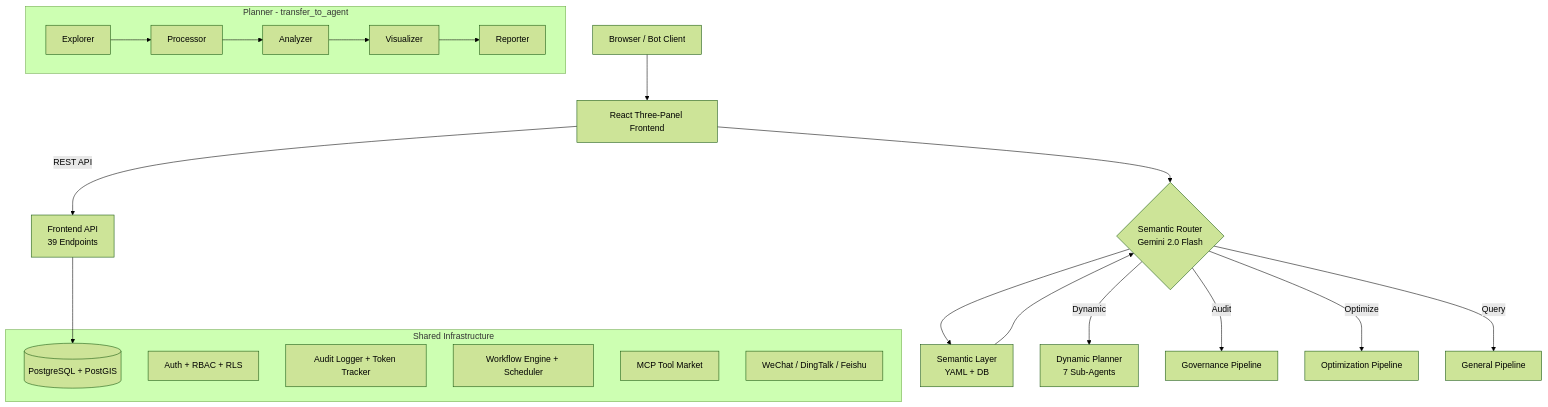
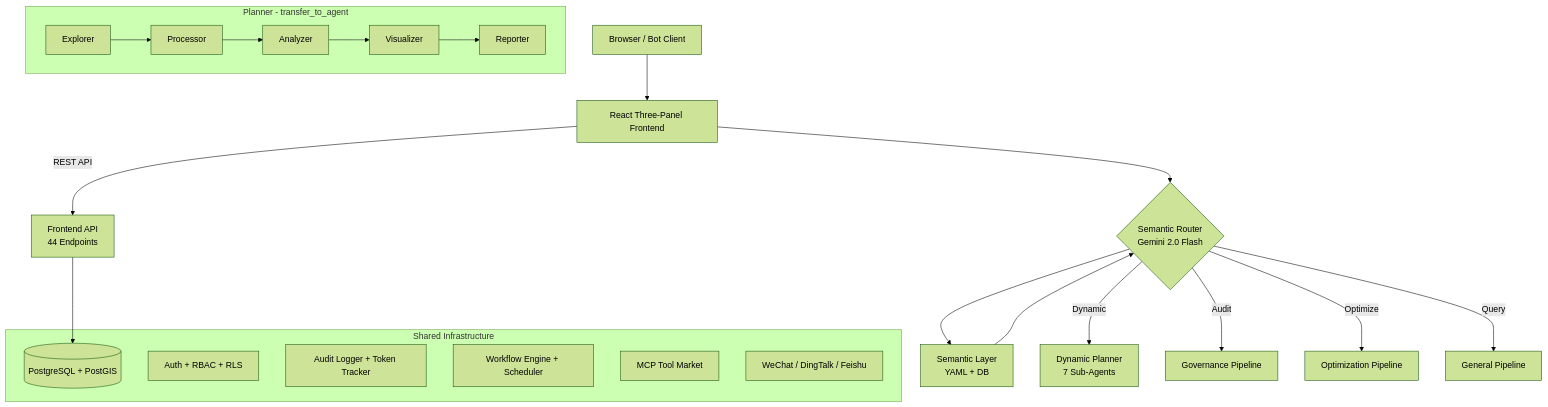
The diagram in README_en.md (zhouning/gisdataagent), drawn with Mermaid (forest theme) before and after one commit. The commit also changed other lines of this file and 2 other files, not shown here.

First line of the commit message:
docs(readme): sync both READMEs to v8.0 complete — 44 endpoints, 1530+ tests, 16 skills, custom skills, failure learning, dynamic model, eval-gated CI

````diff
--- a/README_en.md
+++ b/README_en.md
@@ -60,28 +60,28 @@
 ```mermaid
 graph TD
     User["Browser / Bot Client"] --> FE["React Three-Panel Frontend"]
     FE --> Router{"Semantic Router<br/>Gemini 2.0 Flash"}
     Router --> SL["Semantic Layer<br/>YAML + DB"]
     SL --> Router
 
     Router --"Dynamic"--> Planner["Dynamic Planner<br/>7 Sub-Agents"]
     Router --"Audit"--> Gov["Governance Pipeline"]
     Router --"Optimize"--> Opt["Optimization Pipeline"]
     Router --"Query"--> Gen["General Pipeline"]
 
     subgraph PlannerSub ["Planner - transfer_to_agent"]
         PE["Explorer"] --> PP["Processor"] --> PA["Analyzer"] --> PV["Visualizer"] --> PR["Reporter"]
     end
 
     subgraph Infra ["Shared Infrastructure"]
         DB[("PostgreSQL + PostGIS")]
         Auth["Auth + RBAC + RLS"]
         Audit["Audit Logger + Token Tracker"]
         WF["Workflow Engine + Scheduler"]
         MCP["MCP Tool Market"]
         Bots["WeChat / DingTalk / Feishu"]
     end
 
-    FE --"REST API"--> FAPI["Frontend API<br/>39 Endpoints"]
+    FE --"REST API"--> FAPI["Frontend API<br/>44 Endpoints"]
     FAPI --> DB
 ```
````
